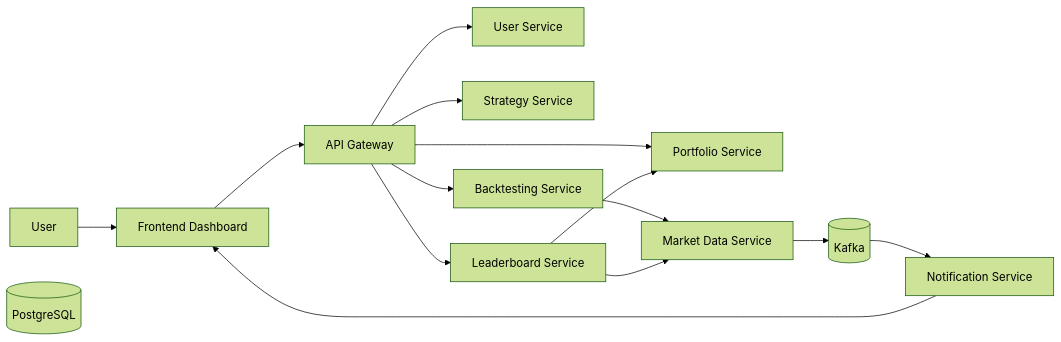
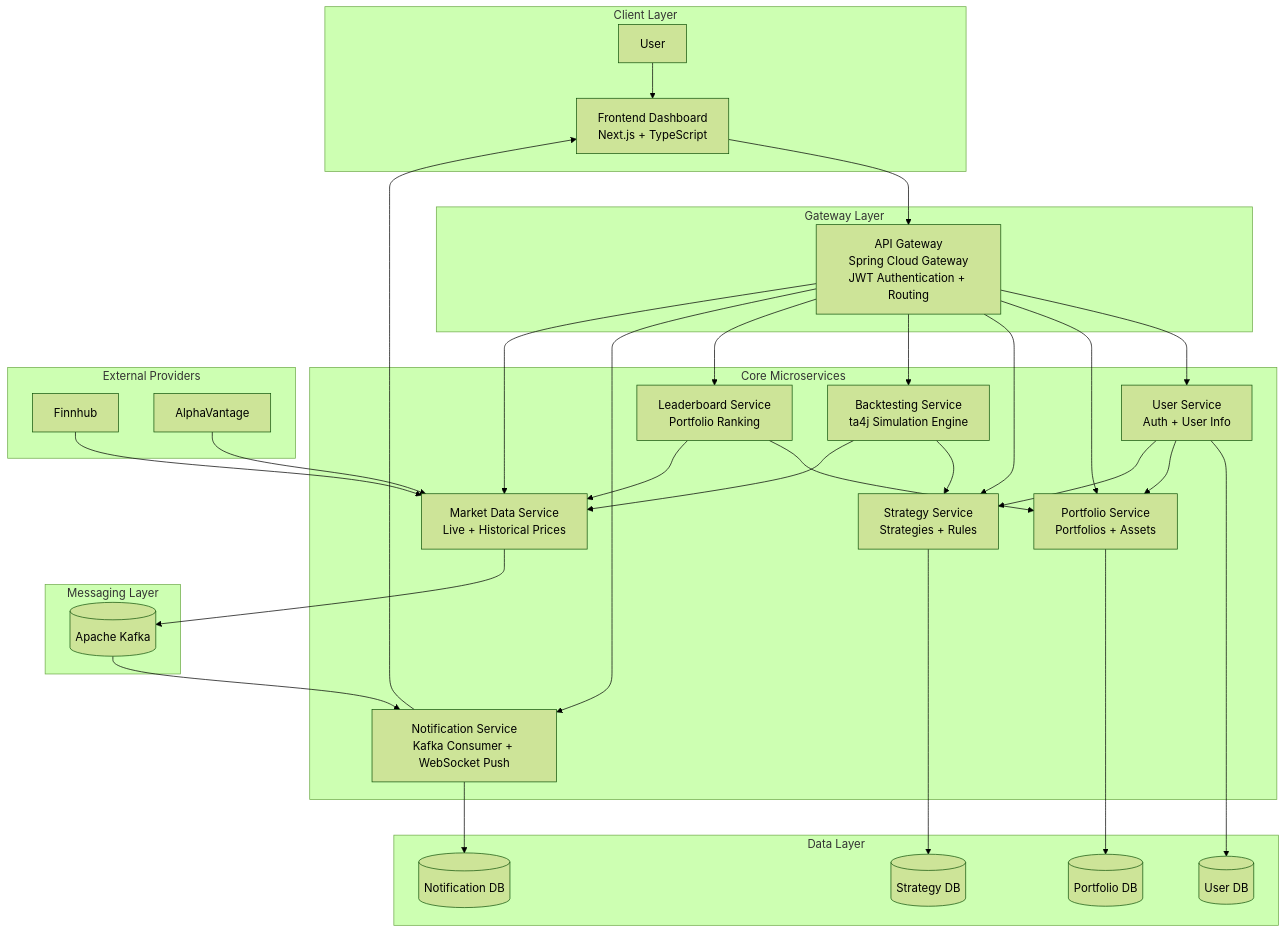
Before and after one commit to UtkarshAlshi/tradewise-monorepo: the diagram in README.md, drawn with Mermaid (forest theme).

Commit message:
Update interactive diagram for architecture overview

````diff
--- a/README.md
+++ b/README.md
@@ -41,33 +41,90 @@
 ```mermaid
-flowchart LR
-    U[User]
-    FE[Frontend Dashboard]
+flowchart TB
+    %% =========================
+    %% CLIENT
+    %% =========================
+    subgraph CLIENT["Client Layer"]
+        U[User]
+        FE[Frontend Dashboard<br/>Next.js + TypeScript]
+        U --> FE
+    end
 
-    GW[API Gateway]
+    %% =========================
+    %% GATEWAY
+    %% =========================
+    subgraph GATEWAY["Gateway Layer"]
+        GW[API Gateway<br/>Spring Cloud Gateway<br/>JWT Authentication + Routing]
+    end
 
-    US[User Service]
-    PS[Portfolio Service]
-    SS[Strategy Service]
-    MDS[Market Data Service]
-    BTS[Backtesting Service]
-    NS[Notification Service]
-    LS[Leaderboard Service]
+    FE --> GW
 
-    K[(Kafka)]
-    PG[(PostgreSQL)]
+    %% =========================
+    %% CORE SERVICES
+    %% =========================
+    subgraph SERVICES["Core Microservices"]
+        US[User Service<br/>Auth + User Info]
+        PS[Portfolio Service<br/>Portfolios + Assets]
+        SS[Strategy Service<br/>Strategies + Rules]
+        BS[Backtesting Service<br/>ta4j Simulation Engine]
+        MDS[Market Data Service<br/>Live + Historical Prices]
+        LS[Leaderboard Service<br/>Portfolio Ranking]
+        NS[Notification Service<br/>Kafka Consumer + WebSocket Push]
+    end
 
-    U --> FE --> GW
+    %% =========================
+    %% STORAGE
+    %% =========================
+    subgraph STORAGE["Data Layer"]
+        UDB[(User DB)]
+        PDB[(Portfolio DB)]
+        SDB[(Strategy DB)]
+        NDB[(Notification DB)]
+    end
+
+    %% =========================
+    %% STREAMING
+    %% =========================
+    subgraph STREAMING["Messaging Layer"]
+        K[(Apache Kafka)]
+    end
+
+    %% =========================
+    %% EXTERNAL
+    %% =========================
+    subgraph EXTERNAL["External Providers"]
+        FH[Finnhub]
+        AV[AlphaVantage]
+    end
+
+    %% Gateway routes
     GW --> US
     GW --> PS
     GW --> SS
-    GW --> BTS
+    GW --> BS
     GW --> LS
+    GW --> NS
+    GW --> MDS
 
+    %% DB ownership
+    US --> UDB
+    PS --> PDB
+    SS --> SDB
+    NS --> NDB
+
+    %% Internal sync calls
+    BS --> SS
+    BS --> MDS
+    LS --> PS
+    LS --> MDS
+    US --> PS
+    US --> SS
+
+    %% External ingestion
+    FH --> MDS
+    AV --> MDS
+
+    %% Async realtime path
     MDS --> K
     K --> NS
     NS --> FE
-
-    BTS --> MDS
-    LS --> PS
-    LS --> MDS
 ```
````
